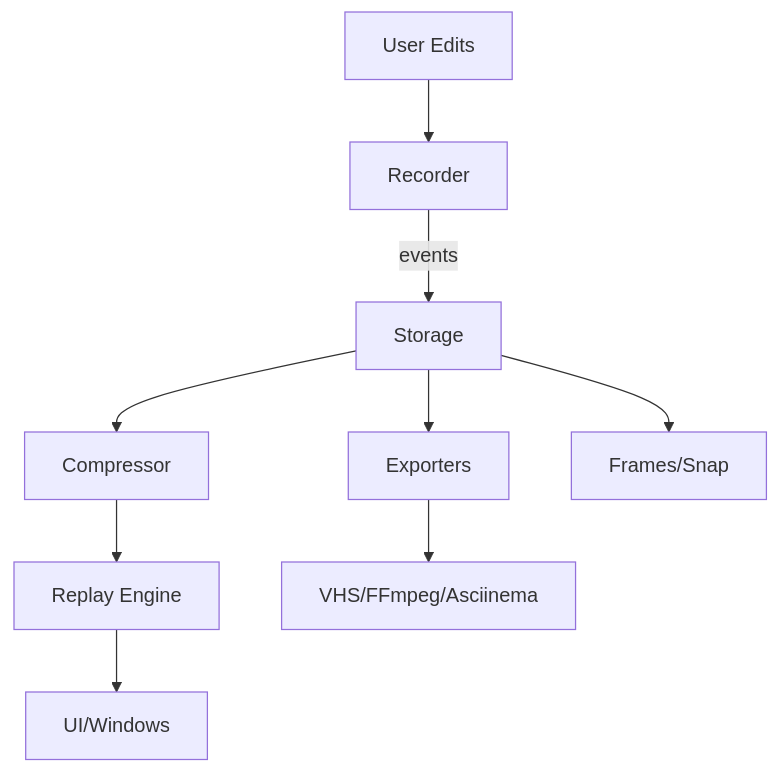
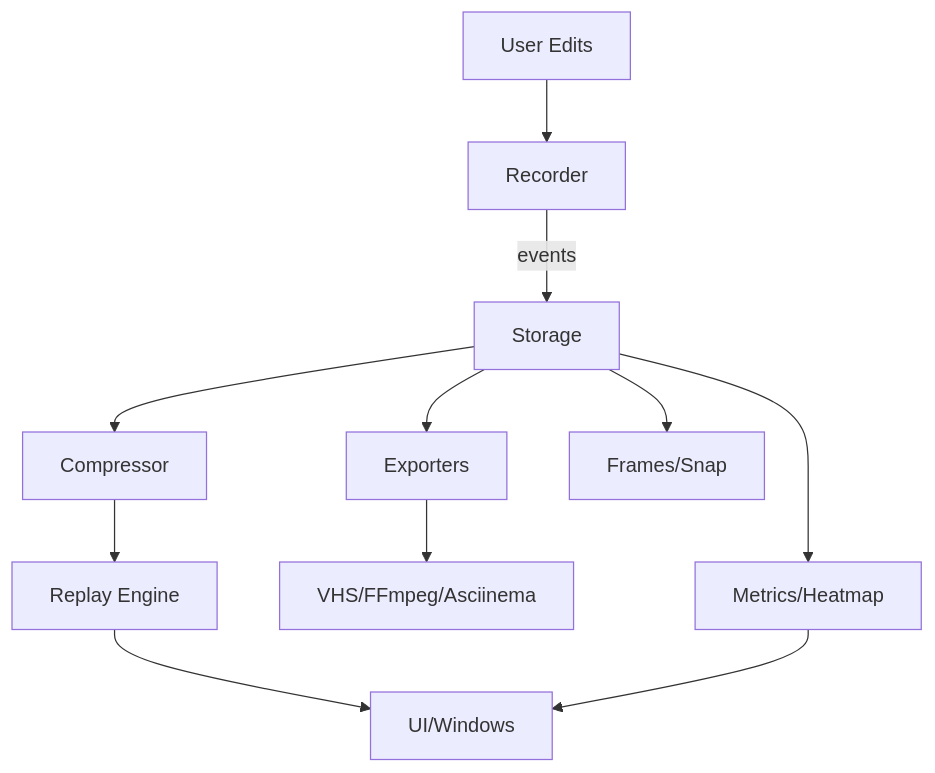
The diagram in README.md (theawakener0/neoreplay.nvim), drawn with Mermaid before and after one commit. The commit also changed other lines of this file and 16 other files, not shown here.

````diff
--- a/README.md
+++ b/README.md
@@ -61,11 +66,13 @@
 ```mermaid
 flowchart TD
   U[User Edits] --> R[Recorder]
   R -->|events| S[Storage]
   S --> C[Compressor]
   C --> E[Replay Engine]
   E --> UI[UI/Windows]
   S --> X[Exporters]
   X --> VHS[VHS/FFmpeg/Asciinema]
   S --> F[Frames/Snap]
+  S --> M[Metrics/Heatmap]
+  M --> UI
 ```
````
